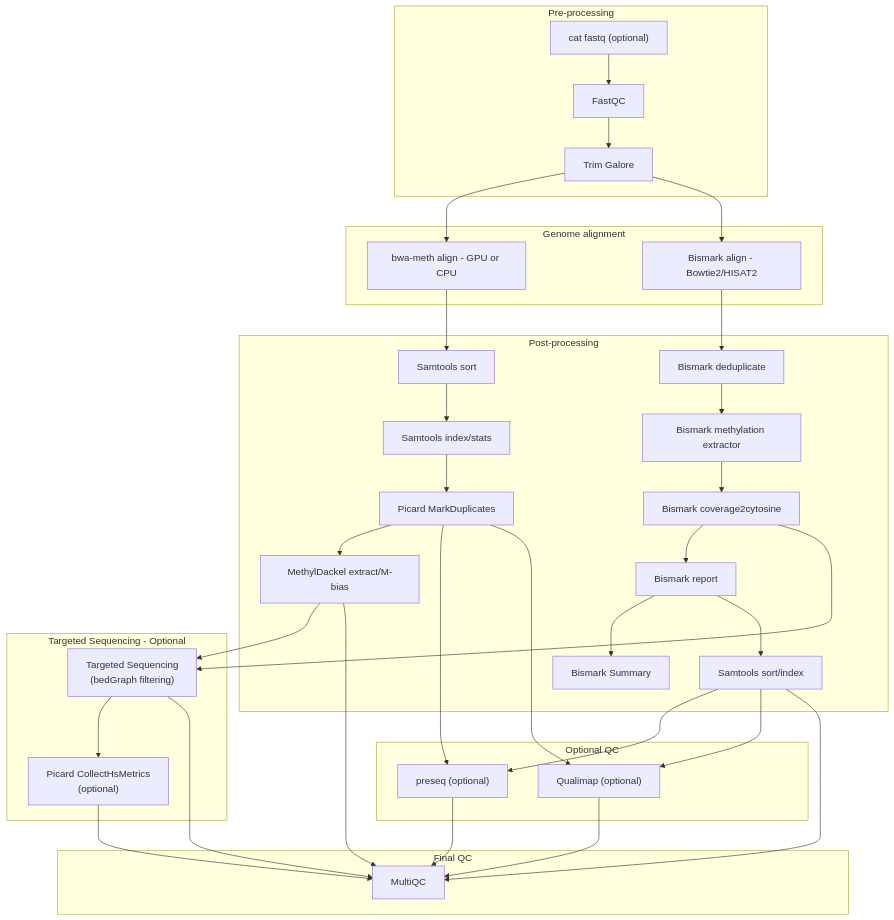
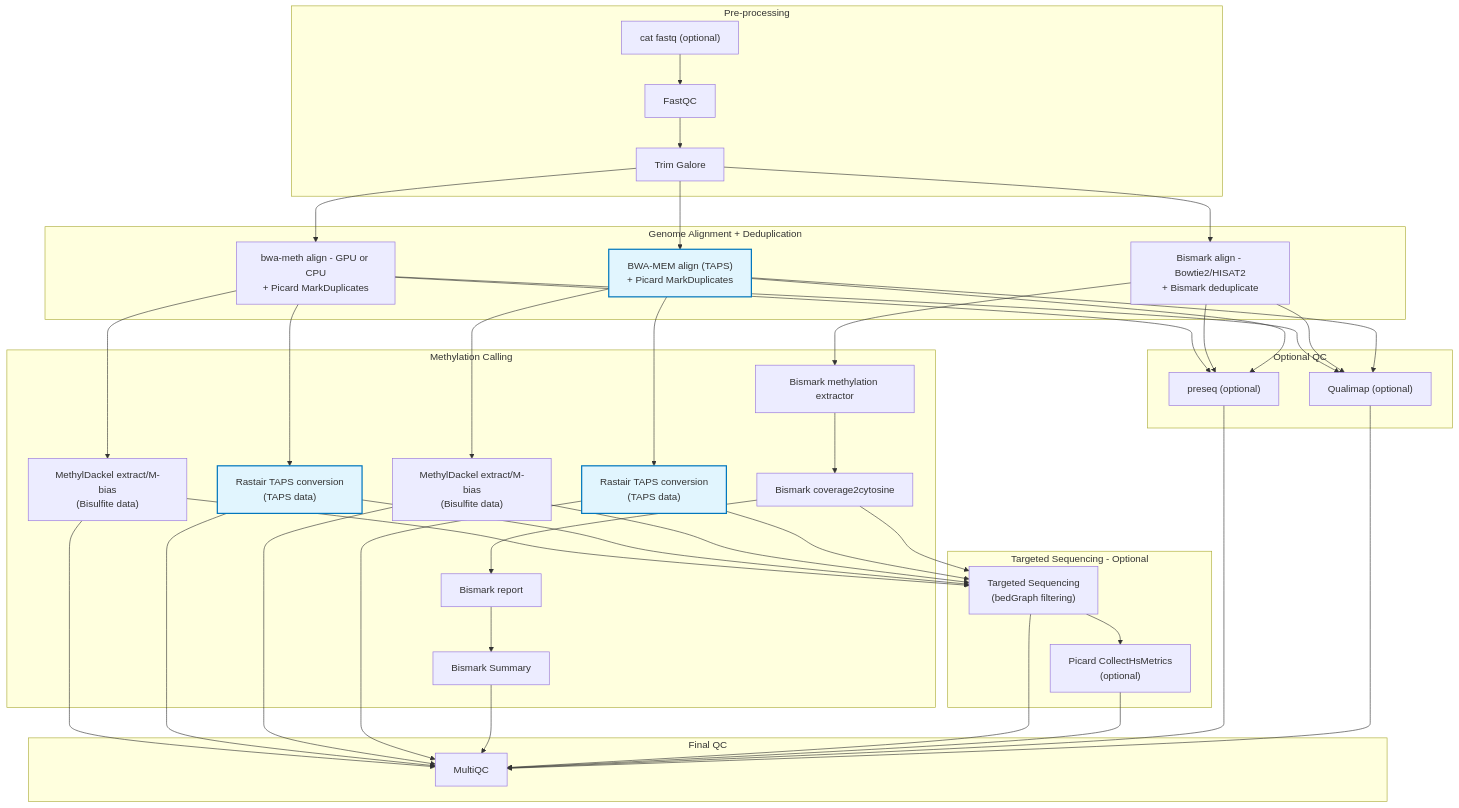
One commit to ewels/nf-core-methylseq changed the diagram in docs/usage.md. Above: the diagram before and after it, drawn with Mermaid. The commit also changed other lines of this file and 1 other file, not shown here.

Commit message:
chore: Update CHANGELOG and documentation for TAPS workflow integration

````diff
--- a/docs/usage.md
+++ b/docs/usage.md
@@ -29,47 +31,59 @@
 ```mermaid
 flowchart TD
     subgraph Stage1[Pre-processing]
         A["cat fastq (optional)"] --> B["FastQC"] --> C["Trim Galore"]
     end
 
-    subgraph Stage2[Genome alignment]
-        C --> D1["bwa-meth align - GPU or CPU"]
-        C --> D2["Bismark align - Bowtie2/HISAT2"]
+    subgraph Stage2[Genome Alignment + Deduplication]
+        C --> D1["bwa-meth align - GPU or CPU<br/>+ Picard MarkDuplicates"]
+        C --> D2["Bismark align - Bowtie2/HISAT2<br/>+ Bismark deduplicate"]
+        C --> D3["BWA-MEM align (TAPS)<br/>+ Picard MarkDuplicates"]
     end
 
-    subgraph Stage3[Post-processing]
-        D1 --> E1["Samtools sort"]
-        E1 --> E2["Samtools index/stats"]
-        E2 --> E3["Picard MarkDuplicates"]
-        E3 --> E4["MethylDackel extract/M-bias"]
+    subgraph Stage3[Methylation Calling]
+        D1 --> E1["MethylDackel extract/M-bias<br/>(Bisulfite data)"]
+        D1 --> E2["Rastair TAPS conversion<br/>(TAPS data)"]
 
-        D2 --> F1["Bismark deduplicate"]
-        F1 --> F2["Bismark methylation extractor"]
-        F2 --> F3["Bismark coverage2cytosine"]
-        F3 --> F4["Bismark report"]
-        F4 --> F5["Bismark Summary"]
-        F4 --> G1["Samtools sort/index"]
+        D2 --> F1["Bismark methylation extractor"]
+        F1 --> F2["Bismark coverage2cytosine"]
+        F2 --> F3["Bismark report"]
+        F3 --> F4["Bismark Summary"]
+
+        D3 --> E3["MethylDackel extract/M-bias<br/>(Bisulfite data)"]
+        D3 --> E4["Rastair TAPS conversion<br/>(TAPS data)"]
     end
 
     subgraph Stage3b[Targeted Sequencing - Optional]
-        E4 --> I1["Targeted Sequencing<br/>(bedGraph filtering)"]
-        F3 --> I1
+        E1 --> I1["Targeted Sequencing<br/>(bedGraph filtering)"]
+        E2 --> I1
+        E3 --> I1
+        E4 --> I1
+        F2 --> I1
         I1 --> I2["Picard CollectHsMetrics<br/>(optional)"]
     end
 
     subgraph Stage3c[Optional QC]
-        E3 --> J1["preseq (optional)"]
-        G1 --> J1
-        E3 --> J2["Qualimap (optional)"]
-        G1 --> J2
+        D1 --> J1["preseq (optional)"]
+        D2 --> J1
+        D3 --> J1
+        D1 --> J2["Qualimap (optional)"]
+        D2 --> J2
+        D3 --> J2
     end
 
     subgraph Stage4[Final QC]
-        E4 --> H1["MultiQC"]
-        G1 --> H1
+        E1 --> H1["MultiQC"]
+        E2 --> H1
+        E3 --> H1
+        E4 --> H1
+        F4 --> H1
         I1 --> H1
         I2 --> H1
         J1 --> H1
         J2 --> H1
     end
+
+    %% Styling for TAPS workflows
+    classDef tapsStyle fill:#e1f5fe,stroke:#0277bd,stroke-width:2px
+    class D3,E2,E4 tapsStyle
 ```
````
